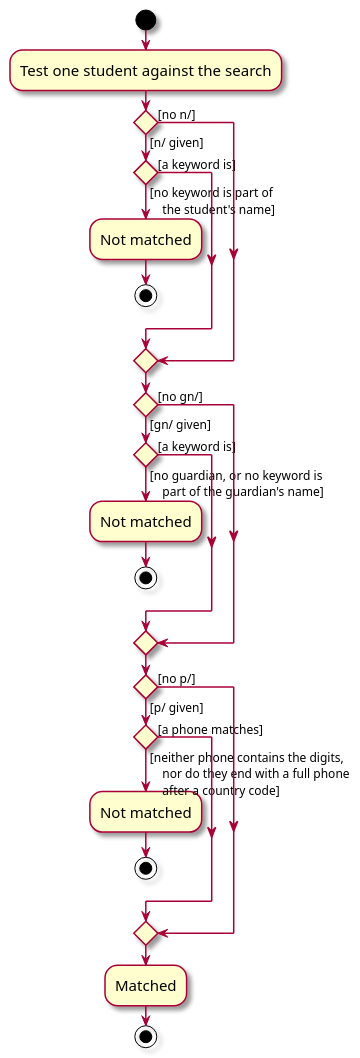
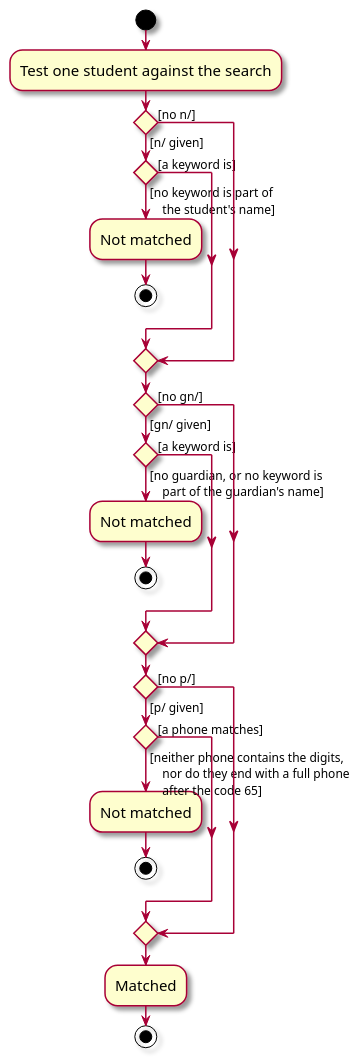
Before and after one commit to AY2627S1-CS2103T-F13-1/tp: the diagram in docs/diagrams/FindStudentActivityDiagram.puml, drawn with PlantUML. The commit also changed 3 other files, not shown here.

Commit message:
Match only the Singapore country code in phone searches

```diff
--- a/docs/diagrams/FindStudentActivityDiagram.puml
+++ b/docs/diagrams/FindStudentActivityDiagram.puml
@@ -1,44 +1,44 @@
 @startuml
 skin rose
 skinparam ActivityFontSize 15
 skinparam ArrowFontSize 12
 start
 :Test one student against the search;
 
 'Since the beta syntax does not support placing the condition outside the
 'diamond we place it as the true branch instead.
 
 if () then ([n/ given])
     if () then ([no keyword is part of
     the student's name])
         :Not matched;
         stop
     else ([a keyword is])
     endif
 else ([no n/])
 endif
 
 if () then ([gn/ given])
     if () then ([no guardian, or no keyword is
     part of the guardian's name])
         :Not matched;
         stop
     else ([a keyword is])
     endif
 else ([no gn/])
 endif
 
 if () then ([p/ given])
     if () then ([neither phone contains the digits,
     nor do they end with a full phone
-    after a country code])
+    after the code 65])
         :Not matched;
         stop
     else ([a phone matches])
     endif
 else ([no p/])
 endif
 
 :Matched;
 stop
 @enduml
```
